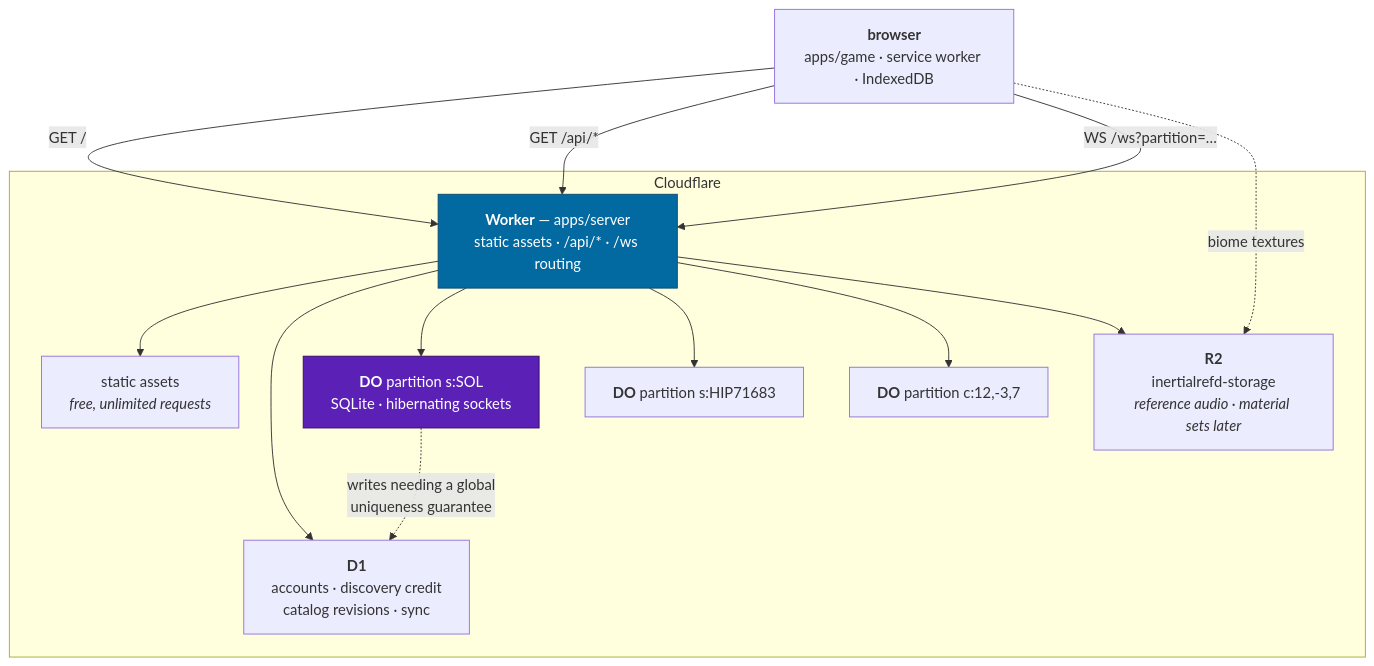
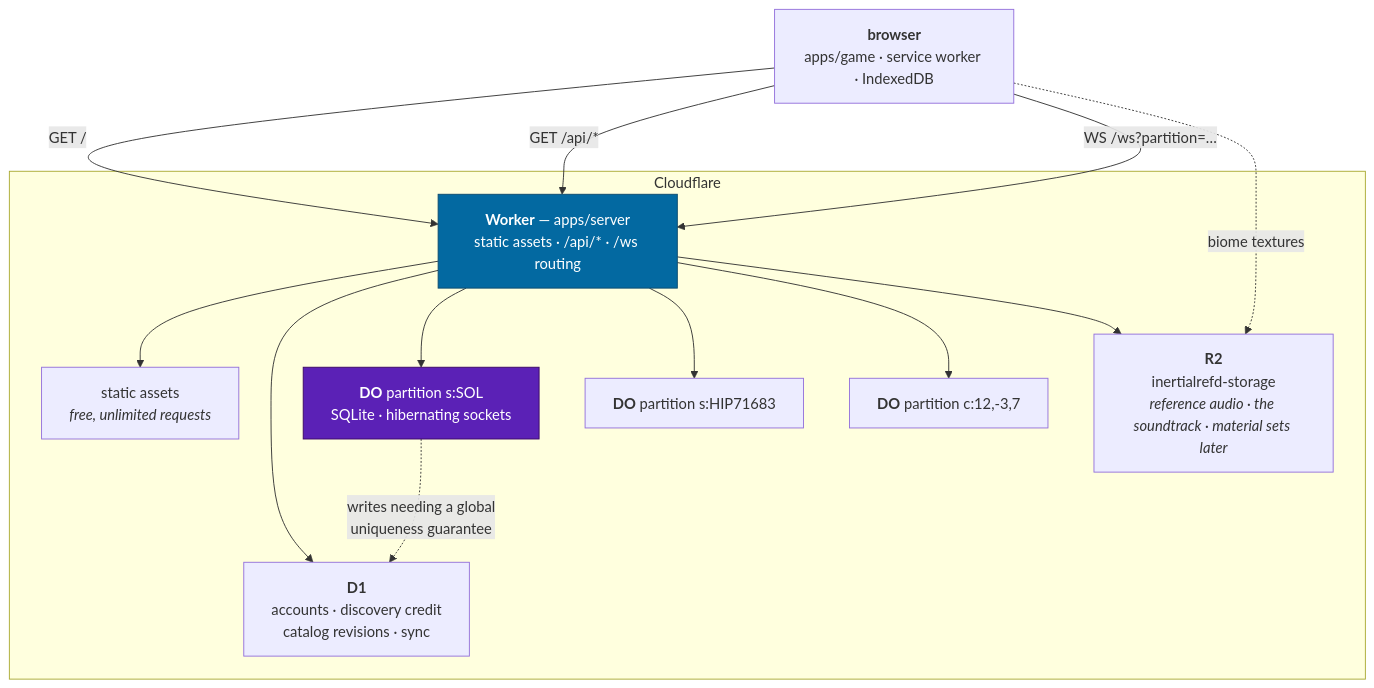
The second of 2 diagrams in docs/hosting.md (jonjaques/inertialref), drawn with Mermaid before and after one commit. The commit also changed other lines of this file and 150 other files, not shown here.

````diff
--- a/docs/hosting.md
+++ b/docs/hosting.md
@@ -195,29 +195,29 @@
 ```mermaid
 flowchart TB
     B["<b>browser</b><br/>apps/game · service worker · IndexedDB"]
 
     subgraph CF["Cloudflare"]
         W["<b>Worker</b> — apps/server<br/>static assets · /api/* · /ws routing"]
         A["static assets<br/><i>free, unlimited requests</i>"]
         DO1["<b>DO</b> partition s:SOL<br/>SQLite · hibernating sockets"]
         DO2["<b>DO</b> partition s:HIP71683"]
         DO3["<b>DO</b> partition c:12,-3,7"]
         D1["<b>D1</b><br/>accounts · discovery credit<br/>catalog revisions · sync"]
-        R2["<b>R2</b><br/>inertialrefd-storage<br/><i>reference audio · material sets later</i>"]
+        R2["<b>R2</b><br/>inertialrefd-storage<br/><i>reference audio · the soundtrack · material sets later</i>"]
     end
 
     B -->|"GET /"| W
     B -->|"GET /api/*"| W
     B -->|"WS /ws?partition=…"| W
     W --> A
     W --> D1
     W --> DO1
     W --> DO2
     W --> DO3
     DO1 -.->|"writes needing a global<br/>uniqueness guarantee"| D1
     W --> R2
     B -.->|"biome textures"| R2
 
     style W fill:#0369a1,stroke:#0c4a6e,color:#fff
     style DO1 fill:#5b21b6,stroke:#3b0764,color:#fff
 ```
````
